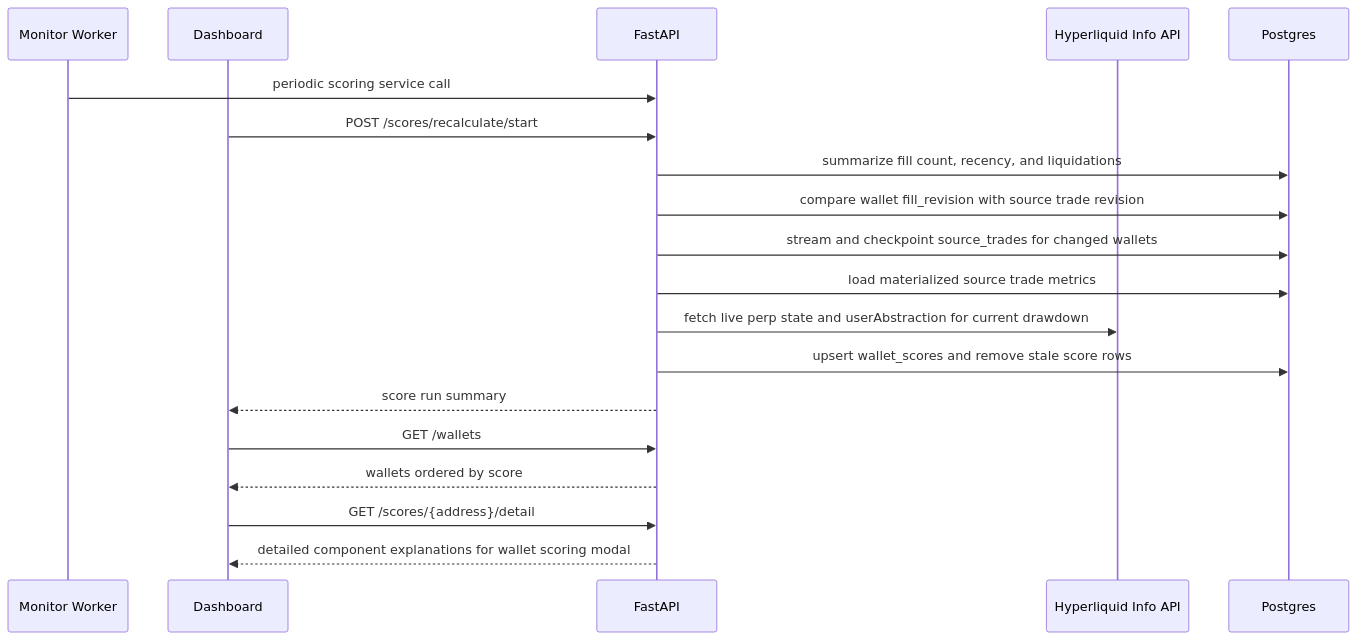
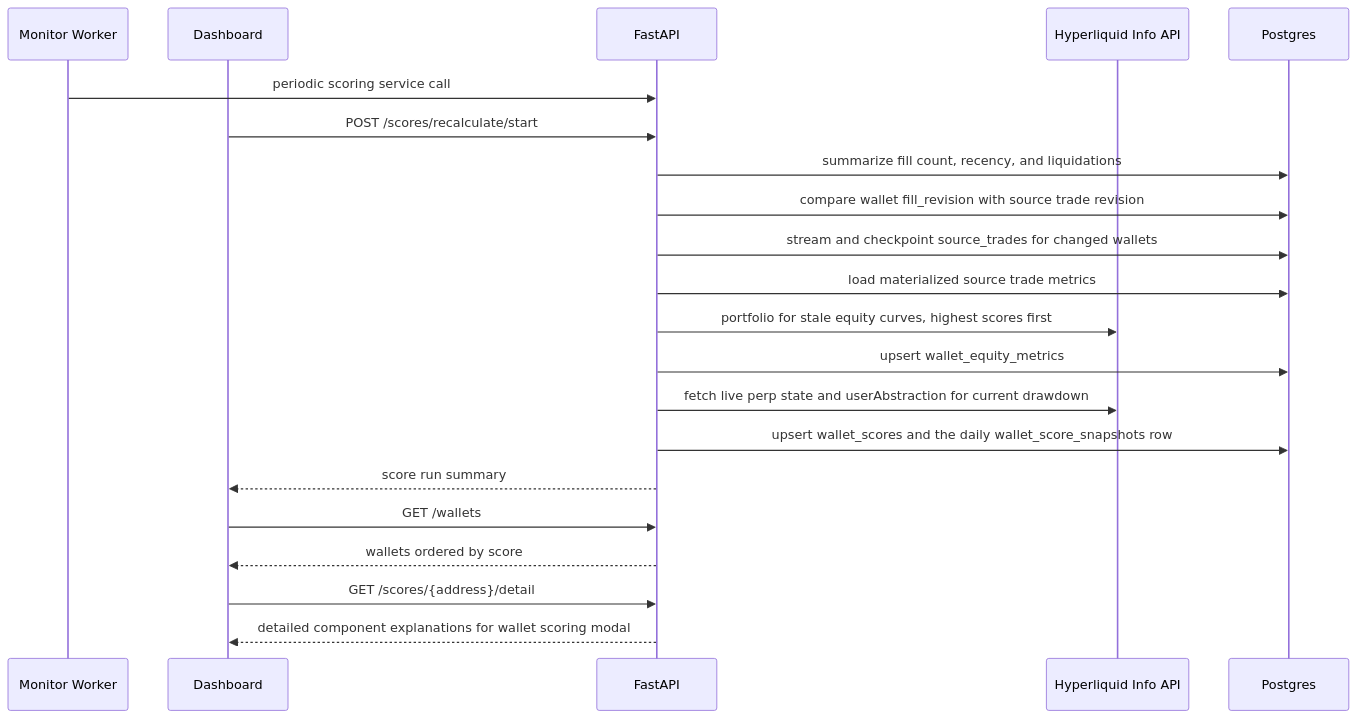
Before and after one commit to DrottPoker/copytrading-agent: the sixth of 10 diagrams in docs/architecture.md, drawn with Mermaid. The commit also changed other lines of this file and 42 other files, not shown here.

````diff
--- a/docs/architecture.md
+++ b/docs/architecture.md
@@ -671,22 +681,24 @@
 ```mermaid
 sequenceDiagram
   participant Worker as Monitor Worker
   participant UI as Dashboard
   participant API as FastAPI
   participant HL as Hyperliquid Info API
   participant DB as Postgres
 
   Worker->>API: periodic scoring service call
   UI->>API: POST /scores/recalculate/start
   API->>DB: summarize fill count, recency, and liquidations
   API->>DB: compare wallet fill_revision with source trade revision
   API->>DB: stream and checkpoint source_trades for changed wallets
   API->>DB: load materialized source trade metrics
+  API->>HL: portfolio for stale equity curves, highest scores first
+  API->>DB: upsert wallet_equity_metrics
   API->>HL: fetch live perp state and userAbstraction for current drawdown
-  API->>DB: upsert wallet_scores and remove stale score rows
+  API->>DB: upsert wallet_scores and the daily wallet_score_snapshots row
   API-->>UI: score run summary
   UI->>API: GET /wallets
   API-->>UI: wallets ordered by score
   UI->>API: GET /scores/{address}/detail
   API-->>UI: detailed component explanations for wallet scoring modal
 ```
````
